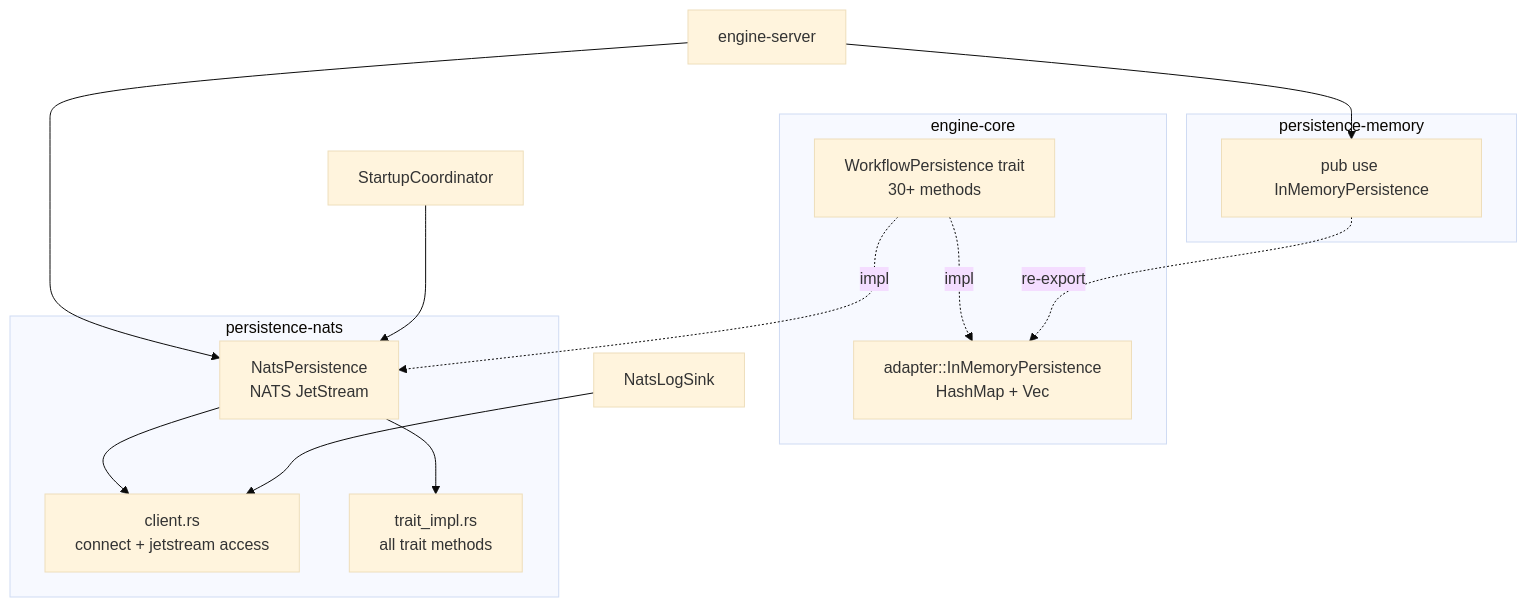
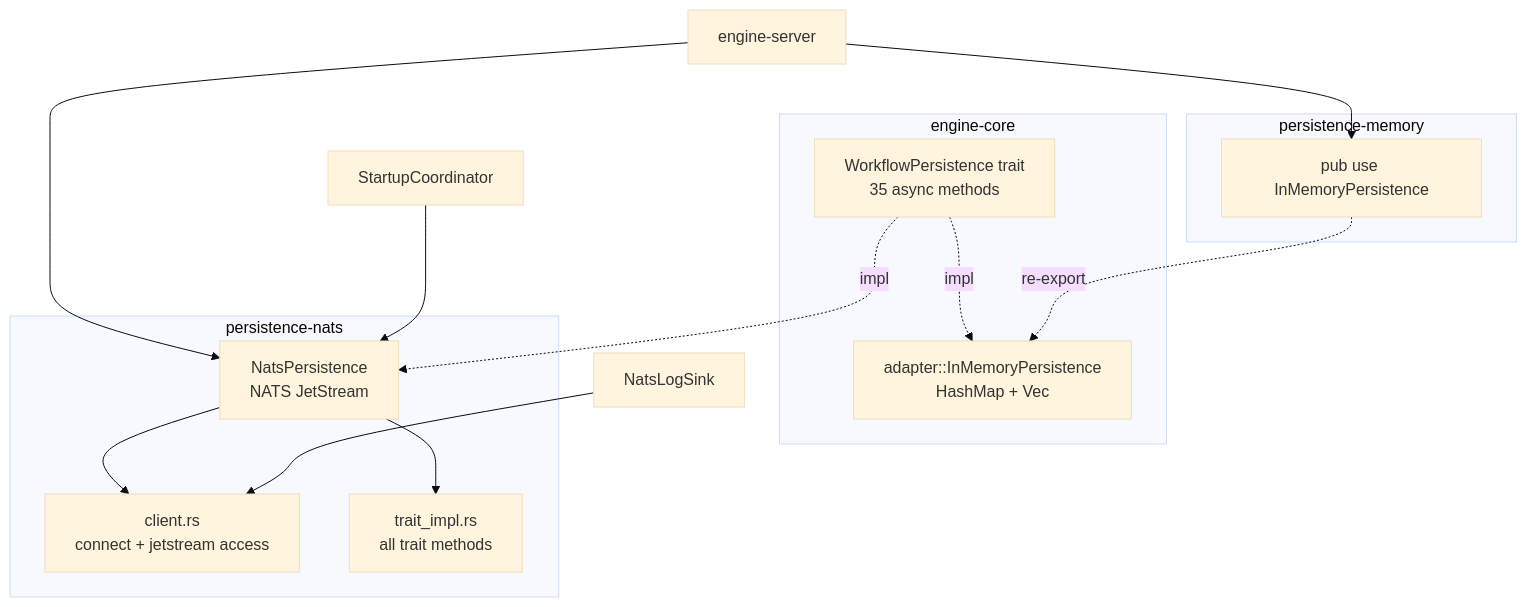
One commit to maatini/bpmninja changed the diagram in docs/knowledge-base/modules/persistence/dependencies.md. Above: the diagram before and after it, drawn with Mermaid (base theme). The commit also changed other lines of this file and 25 other files, not shown here.

````diff
--- a/docs/knowledge-base/modules/persistence/dependencies.md
+++ b/docs/knowledge-base/modules/persistence/dependencies.md
@@ -25,28 +25,28 @@
 ```mermaid
 graph TD
     subgraph "engine-core"
-        WP["WorkflowPersistence trait<br>30+ methods"]
+        WP["WorkflowPersistence trait<br>35 async methods"]
         ADAPTER["adapter::InMemoryPersistence<br>HashMap + Vec"]
     end
     
     subgraph "persistence-nats"
         NATS["NatsPersistence<br>NATS JetStream"]
         NATS_CLIENT["client.rs<br>connect + jetstream access"]
         NATS_IMPL["trait_impl.rs<br>all trait methods"]
     end
     
     subgraph "persistence-memory"
         MEM["pub use InMemoryPersistence"]
     end
     
     WP -. "impl" .-> NATS
     WP -. "impl" .-> ADAPTER
     MEM -. "re-export" .-> ADAPTER
     NATS --> NATS_IMPL
     NATS --> NATS_CLIENT
     
     ES["engine-server"] --> NATS
     ES --> MEM
     SC["StartupCoordinator"] --> NATS
     LN["NatsLogSink"] --> NATS_CLIENT
 ```
````
